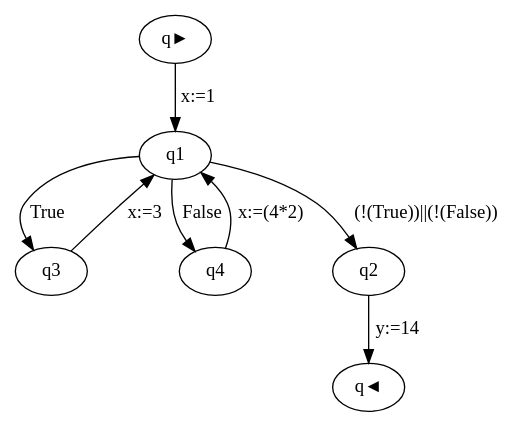
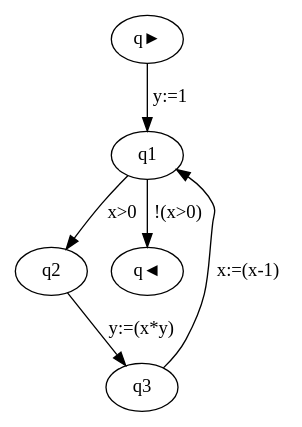
Before and after one commit to JepMik/GCL-Build-Analyse-Tool: the diagram in graph.dot, drawn with Graphviz. The commit also changed 4 other files, not shown here.

```diff
--- a/graph.dot
+++ b/graph.dot
@@ -1,9 +1,7 @@
 strict digraph {
-q► -> q1[label="x:=1"];
-q1 -> q3[label="True"];
-q3 -> q1[label="x:=3"];
-q1 -> q4[label="False"];
-q4 -> q1[label="x:=(4*2)"];
-q1 -> q2[label="(!(True))||(!(False))"];
-q2 -> q◄[label="y:=14"];
+q► -> q1[label="y:=1"];
+q1 -> q2[label="x>0"];
+q2 -> q3[label="y:=(x*y)"];
+q3 -> q1[label="x:=(x-1)"];
+q1 -> q◄[label="!(x>0)"];
 }
```
